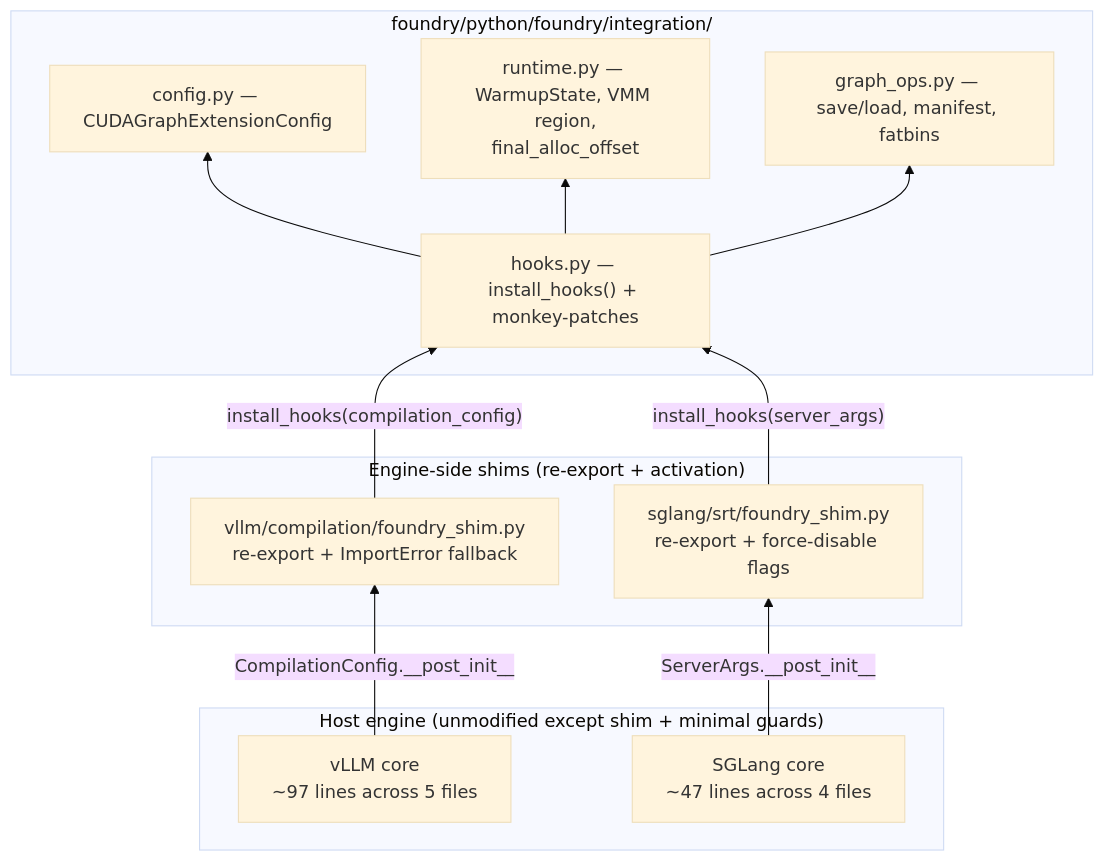
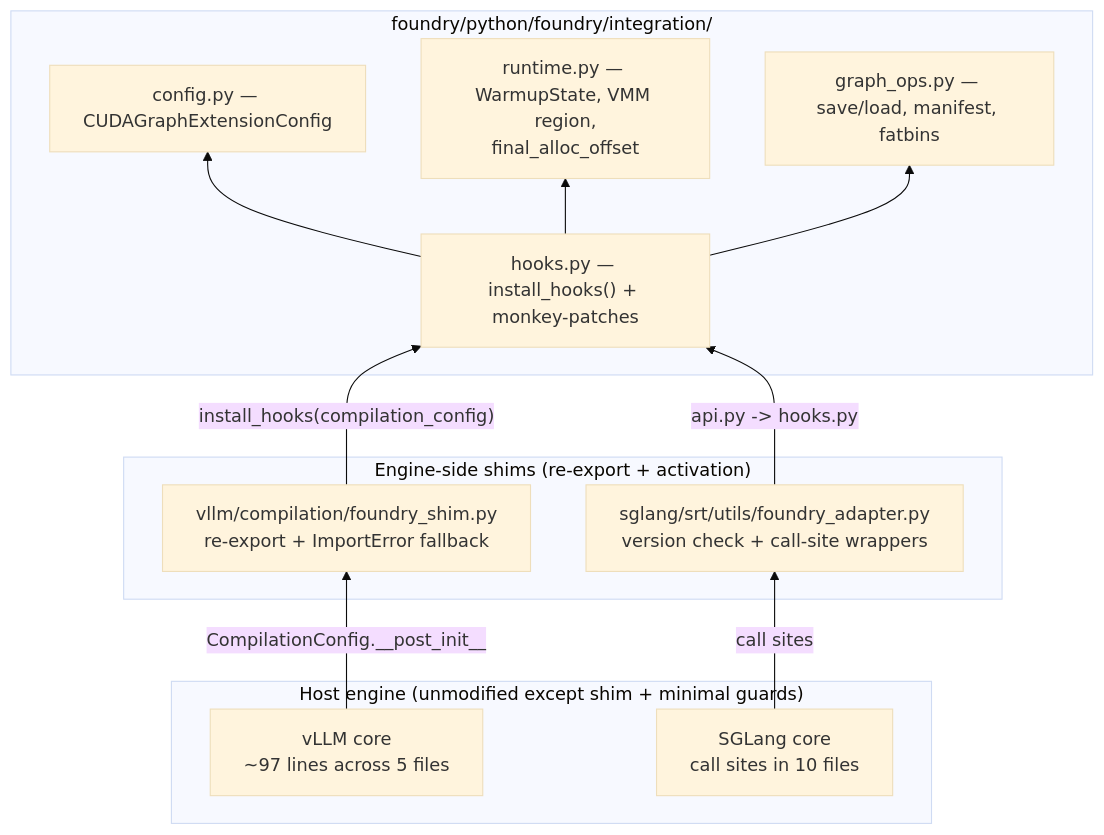
Before and after one commit to foundry-org/foundry: the diagram in docs/overview.md, drawn with Mermaid (base theme). The commit also changed other lines of this file and 58 other files, not shown here.

First line of the commit message:
[graph, sglang] SGLang integration API 2.3, EAGLE3 draft graphs, deterministic pre-layout allocations (#32)

````diff
--- a/docs/overview.md
+++ b/docs/overview.md
@@ -14,28 +14,28 @@
 ```mermaid
 flowchart BT
     subgraph engine["Host engine (unmodified except shim + minimal guards)"]
         VLLM["vLLM core<br/>~97 lines across 5 files"]
-        SGL["SGLang core<br/>~47 lines across 4 files"]
+        SGL["SGLang core<br/>call sites in 10 files"]
     end
 
     subgraph shim["Engine-side shims (re-export + activation)"]
         VLLM_SHIM["vllm/compilation/foundry_shim.py<br/>re-export + ImportError fallback"]
-        SGL_SHIM["sglang/srt/foundry_shim.py<br/>re-export + force-disable flags"]
+        SGL_SHIM["sglang/srt/utils/foundry_adapter.py<br/>version check + call-site wrappers"]
     end
 
     subgraph foundry["foundry/python/foundry/integration/<engine>"]
         CFG["config.py — CUDAGraphExtensionConfig"]
         RT["runtime.py — WarmupState, VMM region,<br/>final_alloc_offset"]
         GOPS["graph_ops.py — save/load, manifest, fatbins"]
         HOOKS["hooks.py — install_hooks() + monkey-patches"]
     end
 
     VLLM -- "CompilationConfig.__post_init__" --> VLLM_SHIM
-    SGL  -- "ServerArgs.__post_init__"        --> SGL_SHIM
+    SGL  -- "call sites"                      --> SGL_SHIM
     VLLM_SHIM -- "install_hooks(compilation_config)" --> HOOKS
-    SGL_SHIM  -- "install_hooks(server_args)"        --> HOOKS
+    SGL_SHIM  -- "api.py -> hooks.py"               --> HOOKS
 
     HOOKS --> CFG
     HOOKS --> RT
     HOOKS --> GOPS
 ```
````
